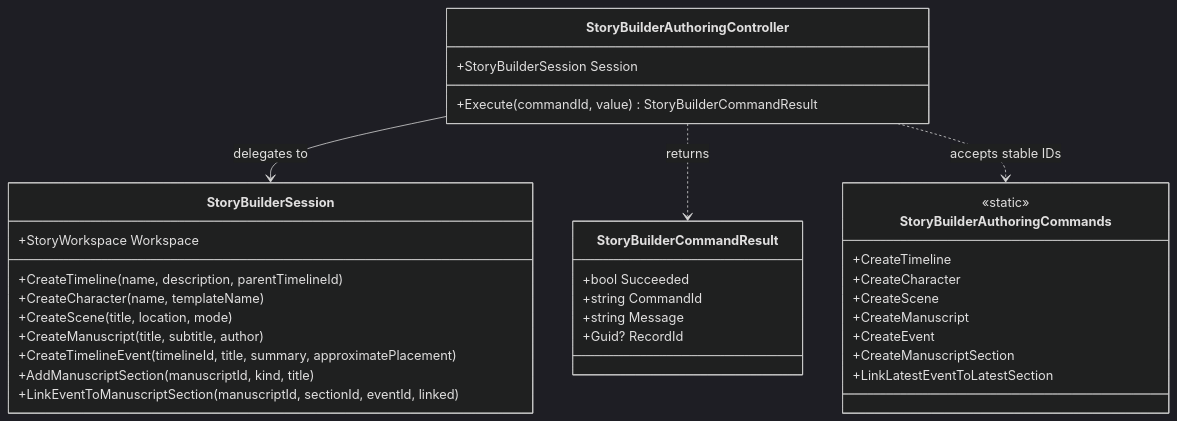
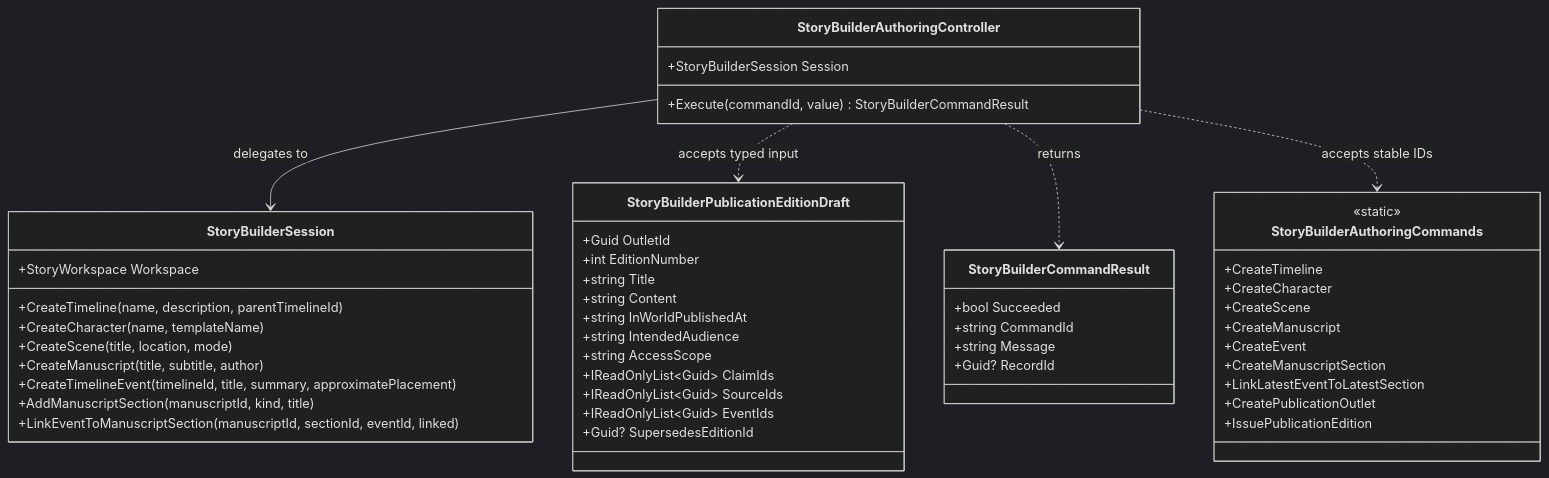
The diagram in docs/UML/StoryBuilderAuthoringControllerUML.md (TrentBest/StoryBuilder), drawn with Mermaid (dark theme) before and after one commit.

Commit message:
Add publication authoring to controller UML

````diff
--- a/docs/UML/StoryBuilderAuthoringControllerUML.md
+++ b/docs/UML/StoryBuilderAuthoringControllerUML.md
@@ -3,36 +3,52 @@
 ```mermaid
 classDiagram
     class StoryBuilderSession {
         +StoryWorkspace Workspace
         +CreateTimeline(name, description, parentTimelineId)
         +CreateCharacter(name, templateName)
         +CreateScene(title, location, mode)
         +CreateManuscript(title, subtitle, author)
         +CreateTimelineEvent(timelineId, title, summary, approximatePlacement)
         +AddManuscriptSection(manuscriptId, kind, title)
         +LinkEventToManuscriptSection(manuscriptId, sectionId, eventId, linked)
     }
     class StoryBuilderAuthoringController {
         +StoryBuilderSession Session
         +Execute(commandId, value) StoryBuilderCommandResult
     }
     class StoryBuilderCommandResult {
         +bool Succeeded
         +string CommandId
         +string Message
         +Guid? RecordId
     }
     class StoryBuilderAuthoringCommands {
         <<static>>
         +CreateTimeline
         +CreateCharacter
         +CreateScene
         +CreateManuscript
         +CreateEvent
         +CreateManuscriptSection
         +LinkLatestEventToLatestSection
+        +CreatePublicationOutlet
+        +IssuePublicationEdition
+    }
+    class StoryBuilderPublicationEditionDraft {
+        +Guid OutletId
+        +int EditionNumber
+        +string Title
+        +string Content
+        +string InWorldPublishedAt
+        +string IntendedAudience
+        +string AccessScope
+        +IReadOnlyList~Guid~ ClaimIds
+        +IReadOnlyList~Guid~ SourceIds
+        +IReadOnlyList~Guid~ EventIds
+        +Guid? SupersedesEditionId
     }
     StoryBuilderAuthoringController --> StoryBuilderSession : delegates to
+    StoryBuilderAuthoringController ..> StoryBuilderPublicationEditionDraft : accepts typed input
     StoryBuilderAuthoringController ..> StoryBuilderCommandResult : returns
     StoryBuilderAuthoringController ..> StoryBuilderAuthoringCommands : accepts stable IDs
 ```
````
